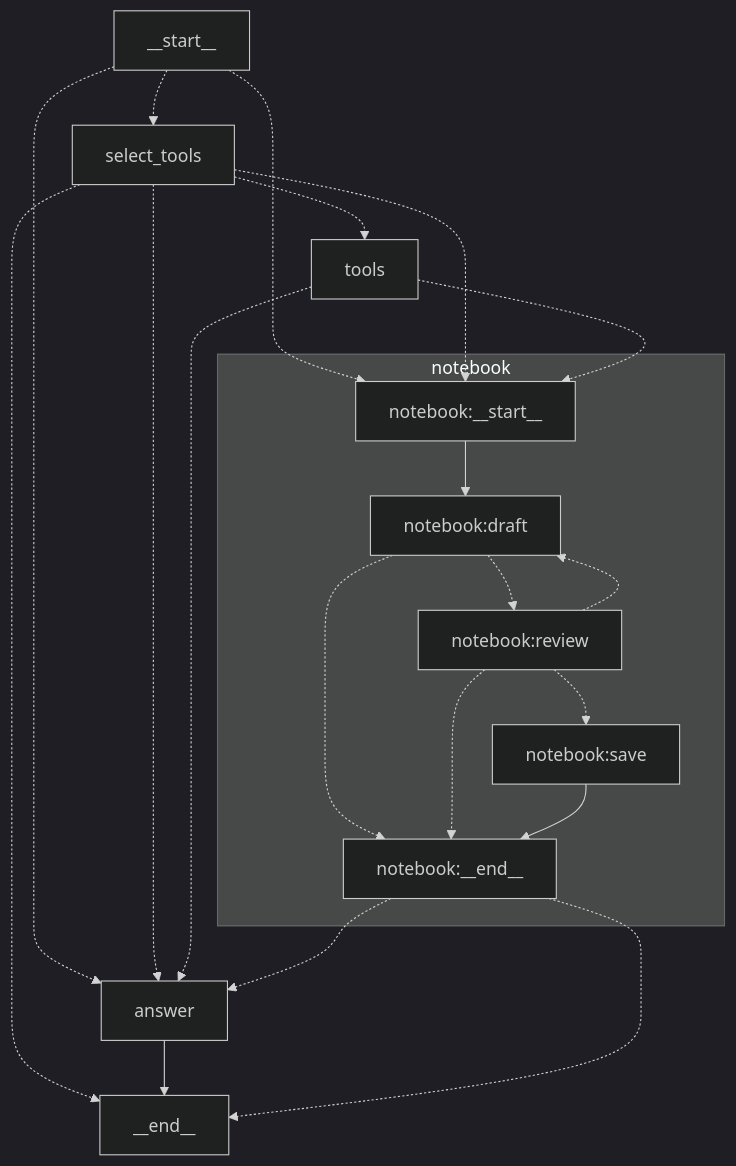
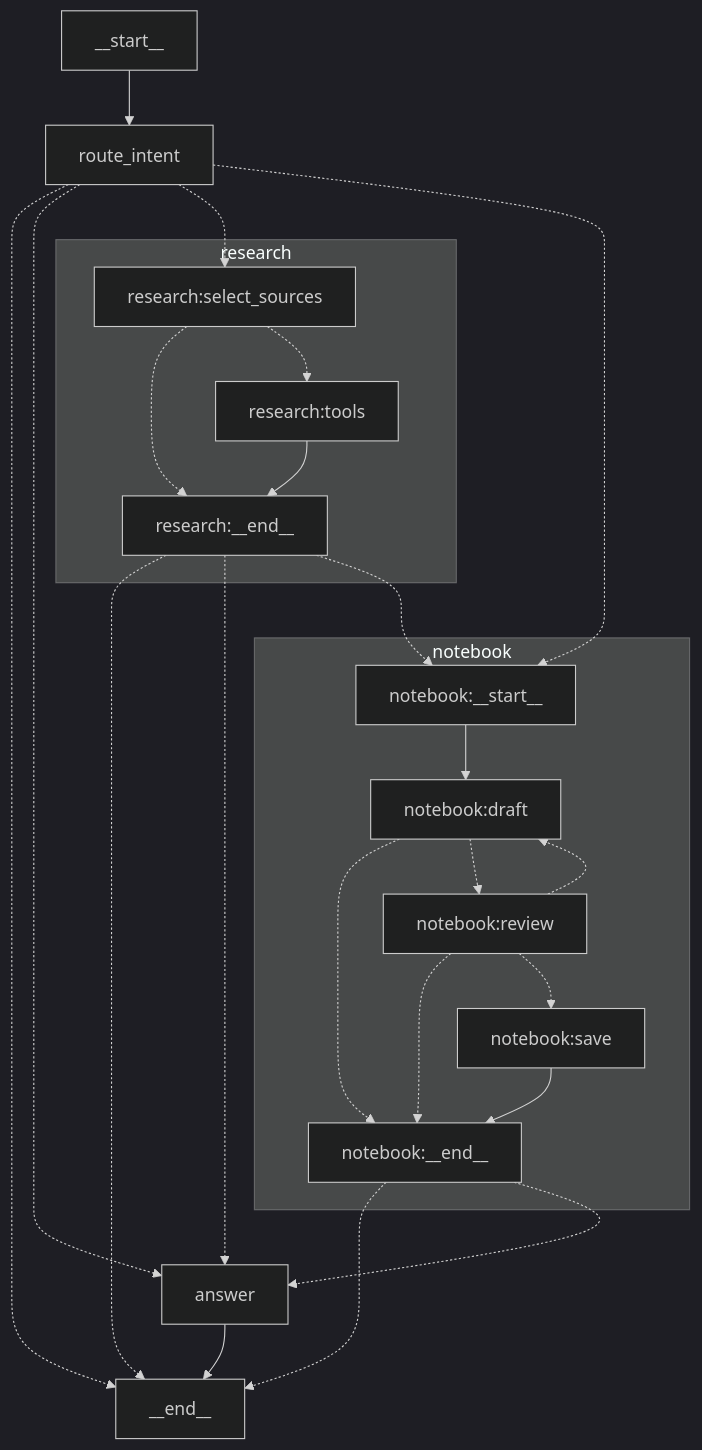
One commit to ilkersigirci/langgraph-openai-serve changed the diagram in docs/demo/graphs/advanced-graph.md. Above: the diagram before and after it, drawn with Mermaid (dark theme). The commit also changed other lines of this file and 15 other files, not shown here.

Commit message:
feat: made advanced-graph as general chatbot

````diff
--- a/docs/demo/graphs/advanced-graph.md
+++ b/docs/demo/graphs/advanced-graph.md
@@ -39,36 +81,43 @@
 ```mermaid
 graph TD
     start["__start__"]
     finish["__end__"]
-    select_tools["select_tools"]
-    tools["tools"]
+    route_intent["route_intent"]
     answer["answer"]
+    research_select["research:select_sources"]
+    research_tools["research:tools"]
+    research_end["research:__end__"]
     notebook_start["notebook:__start__"]
     notebook_draft["notebook:draft"]
     notebook_review["notebook:review"]
     notebook_save["notebook:save"]
     notebook_end["notebook:__end__"]
 
-    start -.-> answer
-    start -.-> notebook_start
-    start -.-> select_tools
-    select_tools -.-> finish
-    select_tools -.-> answer
-    select_tools -.-> notebook_start
-    select_tools -.-> tools
-    tools -.-> answer
-    tools -.-> notebook_start
+    start --> route_intent
+    route_intent -.-> finish
+    route_intent -.-> answer
+    route_intent -.-> research_select
+    route_intent -.-> notebook_start
+    research_end -.-> finish
+    research_end -.-> answer
+    research_end -.-> notebook_start
+    notebook_end -.-> finish
+    notebook_end -.-> answer
     answer --> finish
-    notebook_end -.-> answer
-    notebook_end -.-> finish
+
+    subgraph research
+        research_select -.-> research_end
+        research_select -.-> research_tools
+        research_tools --> research_end
+    end
 
     subgraph notebook
         notebook_start --> notebook_draft
         notebook_draft -.-> notebook_end
         notebook_draft -.-> notebook_review
         notebook_review -.-> notebook_end
         notebook_review -.-> notebook_draft
         notebook_review -.-> notebook_save
         notebook_save --> notebook_end
     end
 ```
````
